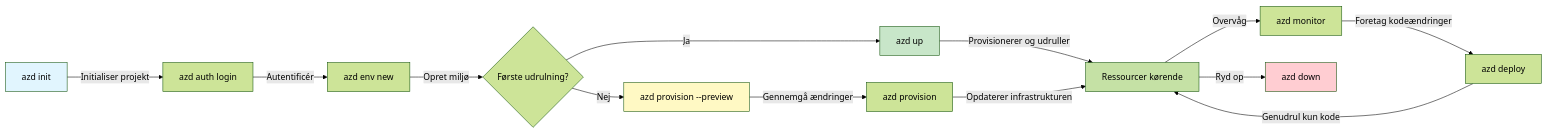
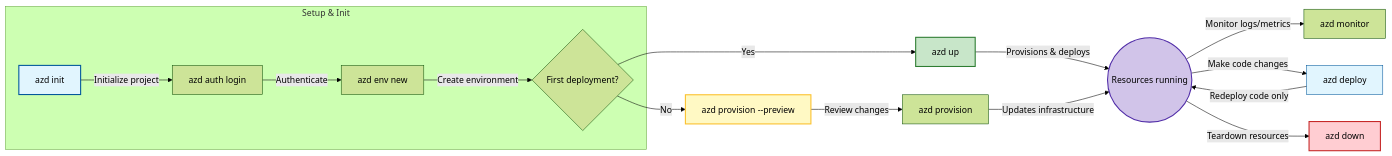
One commit to microsoft/AZD-for-beginners changed the first of 2 diagrams in translations/da/docs/chapter-01-foundation/azd-basics.md. Above: the diagram before and after it, drawn with Mermaid (forest theme). The commit also changed other lines of this file and 153 other files, not shown here.

````diff
--- a/translations/da/docs/chapter-01-foundation/azd-basics.md
+++ b/translations/da/docs/chapter-01-foundation/azd-basics.md
@@ -269,21 +264,36 @@
 ```mermaid
 graph LR
-    A[azd init] -->|Initialiser projekt| B[azd auth login]
-    B -->|Autentificér| C[azd env new]
-    C -->|Opret miljø| D{Første udrulning?}
-    D -->|Ja| E[azd up]
-    D -->|Nej| F[azd provision --preview]
-    F -->|Gennemgå ændringer| G[azd provision]
-    E -->|Provisionerer og udruller| H[Ressourcer kørende]
-    G -->|Opdaterer infrastrukturen| H
-    H -->|Overvåg| I[azd monitor]
-    I -->|Foretag kodeændringer| J[azd deploy]
-    J -->|Genudrul kun kode| H
-    H -->|Ryd op| K[azd down]
+    %% Initialization Phase
+    subgraph Setup & Init
+        A[azd init] -->|Initialize project| B[azd auth login]
+        B -->|Authenticate| C[azd env new]
+        C -->|Create environment| D{First deployment?}
+    end
+
+    %% Deployment Phase
+    D -->|Yes| E[azd up]
+    D -->|No| F[azd provision --preview]
     
-    style A fill:#e1f5fe
-    style E fill:#c8e6c9
-    style F fill:#fff9c4
-    style H fill:#c5e1a5
-    style K fill:#ffcdd2
+    F -->|Review changes| G[azd provision]
+    
+    %% Operational Phase
+    E -->|Provisions & deploys| H((Resources running))
+    G -->|Updates infrastructure| H
+    
+    H -->|Monitor logs/metrics| I[azd monitor]
+    
+    %% Daily Dev Loop
+    J[azd deploy] -->|Redeploy code only| H
+    H -->|Make code changes| J
+    
+    %% Cleanup
+    H -->|Teardown resources| K[azd down]
+
+    %% Styling
+    style A fill:#e1f5fe,stroke:#01579b,stroke-width:2px
+    style E fill:#c8e6c9,stroke:#2e7d32,stroke-width:2px
+    style F fill:#fff9c4,stroke:#fbc02d,stroke-width:2px
+    style H fill:#d1c4e9,stroke:#512da8,stroke-width:2px
+    style J fill:#e1f5fe,stroke:#01579b,stroke-width:1px
+    style K fill:#ffcdd2,stroke:#c62828,stroke-width:2px
 ```
````
